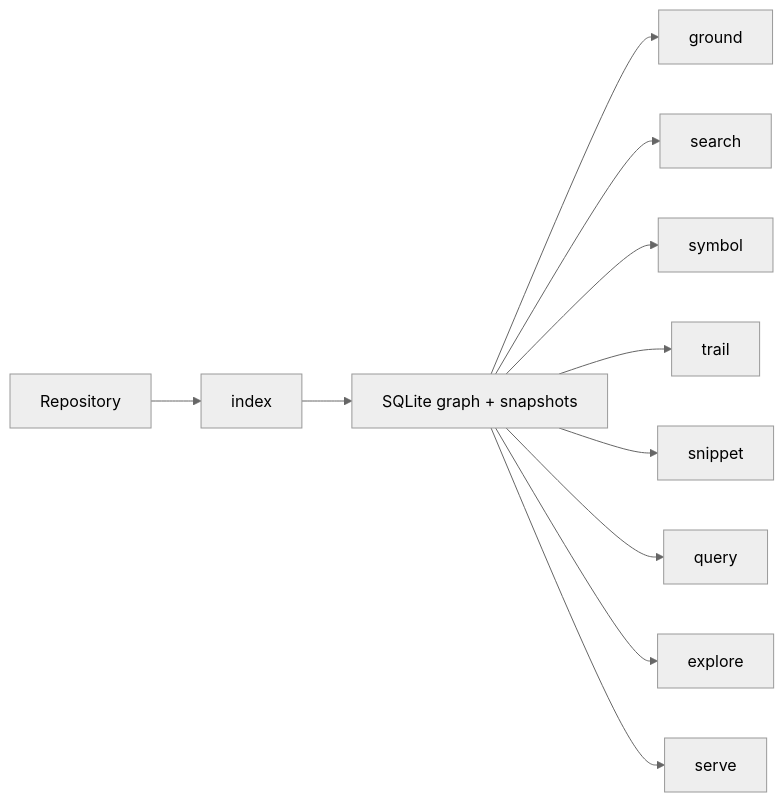
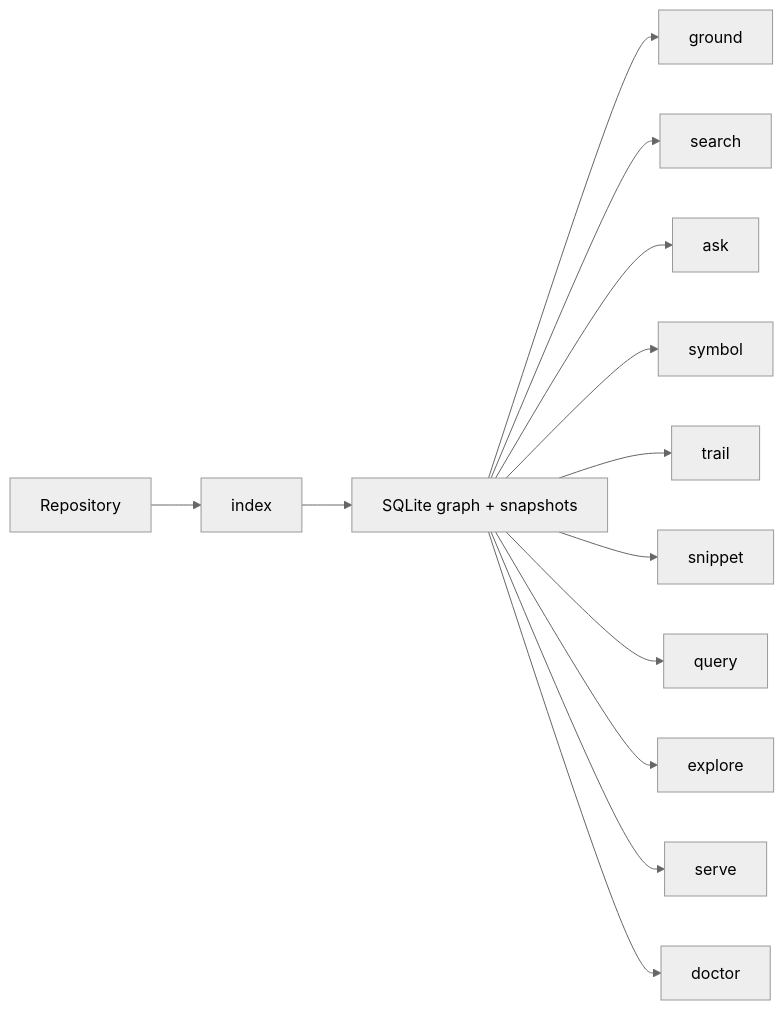
Before and after one commit to TheGreenCedar/CodeStory: the second of 2 diagrams in README.md, drawn with Mermaid (neutral theme). The commit also changed other lines of this file and 14 other files, not shown here.

Commit message:
Implement ask doctor and explainable retrieval flows

````diff
--- a/README.md
+++ b/README.md
@@ -109,13 +111,15 @@
 ```mermaid
 flowchart LR
     Project["Repository"] --> Index["index"]
     Index["index"] --> LocalState["SQLite graph + snapshots"]
     LocalState --> Ground["ground"]
     LocalState --> Search["search"]
+    LocalState --> Ask["ask"]
     LocalState --> Symbol["symbol"]
     LocalState --> Trail["trail"]
     LocalState --> Snippet["snippet"]
     LocalState --> Query["query"]
     LocalState --> Explore["explore"]
     LocalState --> Serve["serve"]
+    LocalState --> Doctor["doctor"]
 ```
````
